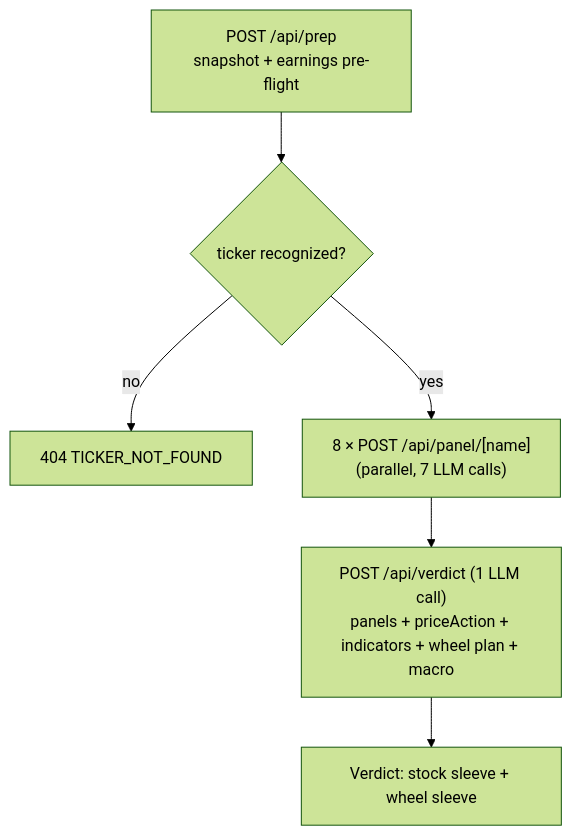
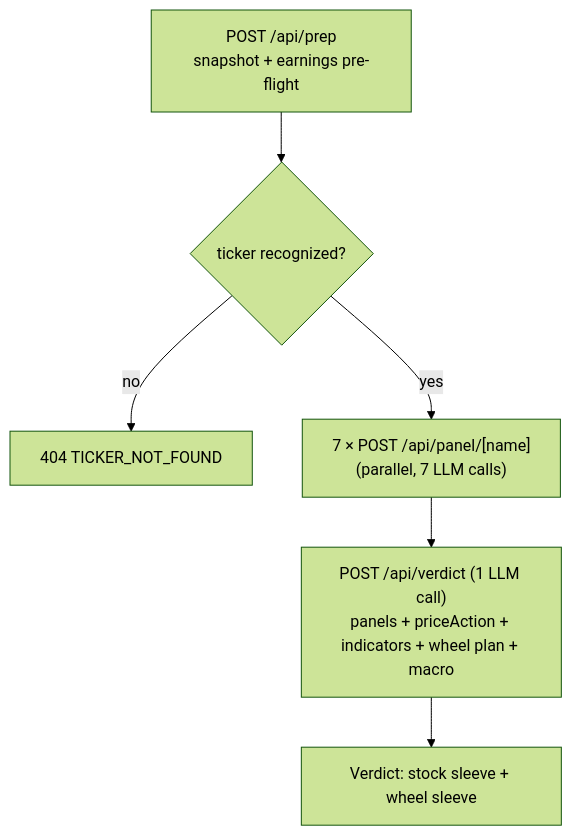
One commit to kaicong12/stock-analysis changed the diagram in README.md. Above: the diagram before and after it, drawn with Mermaid (forest theme). The commit also changed other lines of this file and 18 other files, not shown here.

````diff
--- a/README.md
+++ b/README.md
@@ -36,8 +36,8 @@
 ```mermaid
 flowchart TD
     A["POST /api/prep<br/>snapshot + earnings pre-flight"] --> S0{"ticker recognized?"}
     S0 -- no --> R["404 TICKER_NOT_FOUND"]
-    S0 -- yes --> S2["8 × POST /api/panel/[name]<br/>(parallel, 7 LLM calls)"]
+    S0 -- yes --> S2["7 × POST /api/panel/[name]<br/>(parallel, 7 LLM calls)"]
     S2 --> S3["POST /api/verdict (1 LLM call)<br/>panels + priceAction + indicators + wheel plan + macro"]
     S3 --> OUT["Verdict: stock sleeve + wheel sleeve"]
 ```
````
